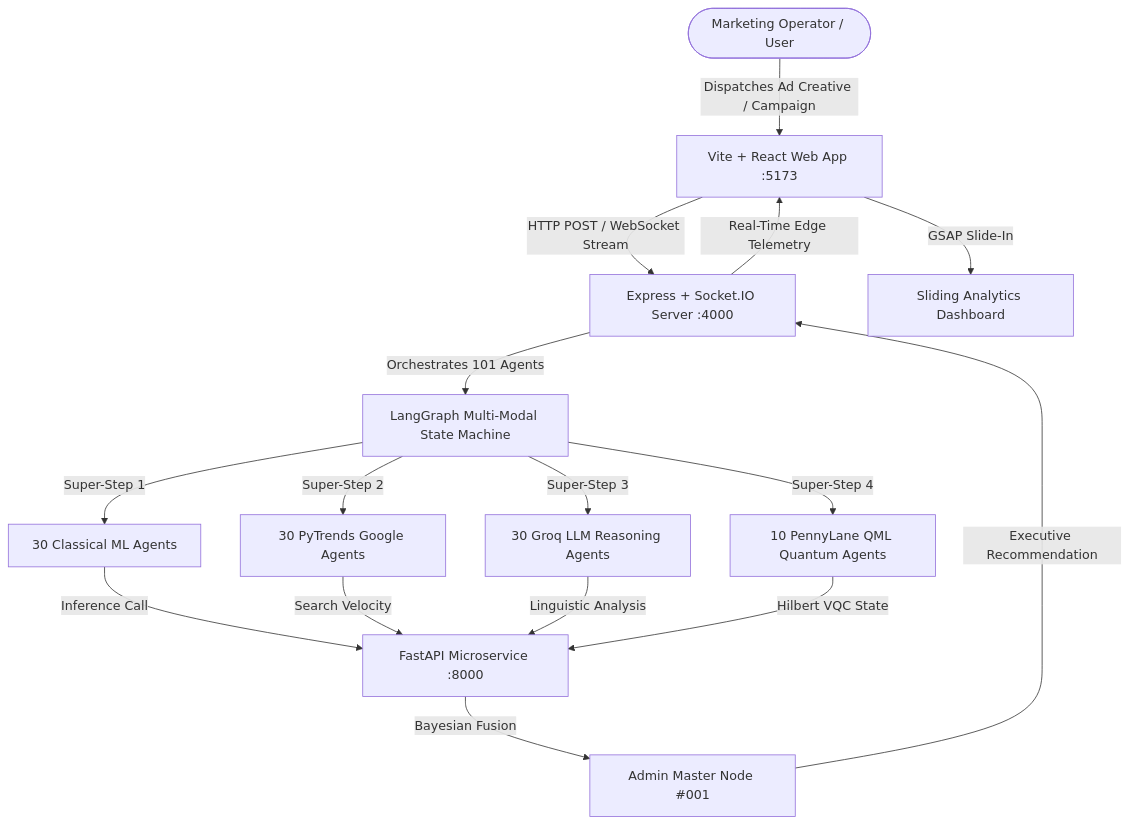
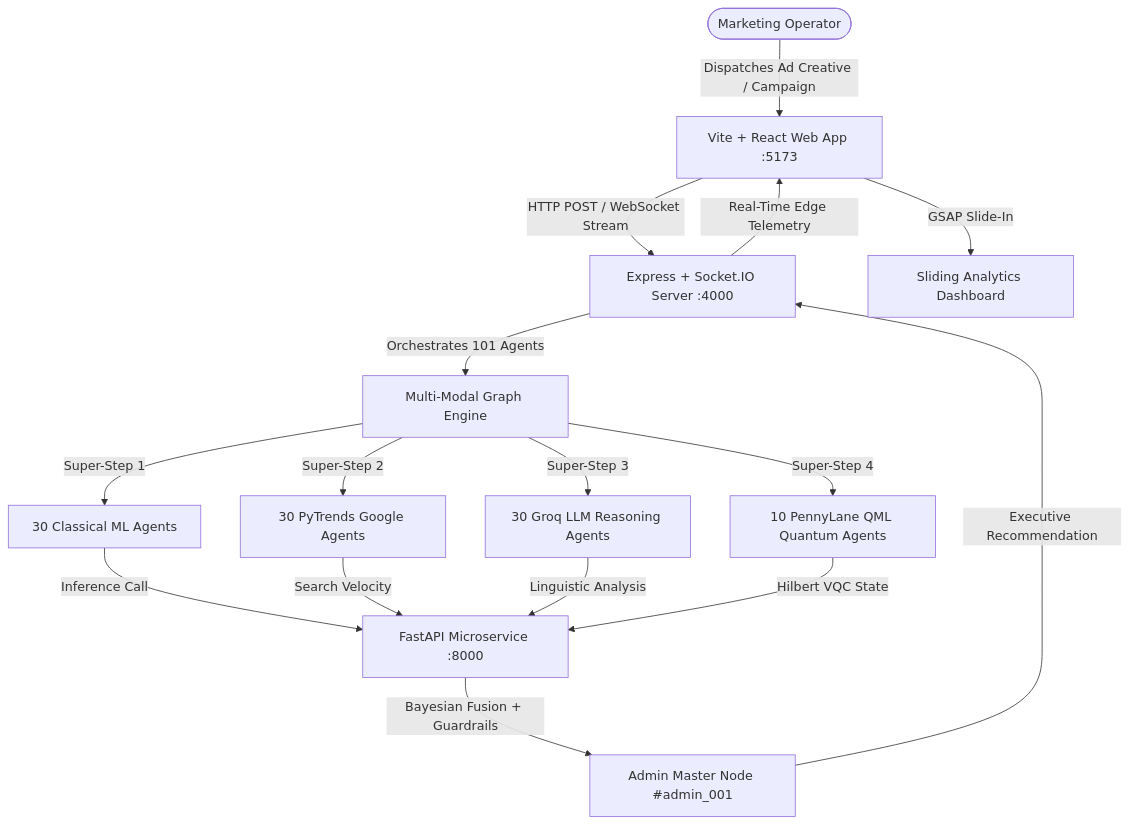
The diagram in documentation/ARCHITECTURE.md (ARYANCY/Margent), drawn with Mermaid before and after one commit. The commit also changed other lines of this file and 60 other files, not shown here.

````diff
--- a/documentation/ARCHITECTURE.md
+++ b/documentation/ARCHITECTURE.md
@@ -9,21 +9,21 @@
 ```mermaid
 graph TD
-    User([Marketing Operator / User]) -->|Dispatches Ad Creative / Campaign| Web[Vite + React Web App :5173]
+    User([Marketing Operator]) -->|Dispatches Ad Creative / Campaign| Web[Vite + React Web App :5173]
     Web -->|HTTP POST / WebSocket Stream| API[Express + Socket.IO Server :4000]
-    API -->|Orchestrates 101 Agents| Graph[LangGraph Multi-Modal State Machine]
+    API -->|Orchestrates 101 Agents| Graph[Multi-Modal Graph Engine]
     
     Graph -->|Super-Step 1| BranchML[30 Classical ML Agents]
     Graph -->|Super-Step 2| BranchTrends[30 PyTrends Google Agents]
     Graph -->|Super-Step 3| BranchGroq[30 Groq LLM Reasoning Agents]
     Graph -->|Super-Step 4| BranchQML[10 PennyLane QML Quantum Agents]
     
     BranchML -->|Inference Call| PyML[FastAPI Microservice :8000]
     BranchTrends -->|Search Velocity| PyML
     BranchGroq -->|Linguistic Analysis| PyML
     BranchQML -->|Hilbert VQC State| PyML
     
-    PyML -->|Bayesian Fusion| Admin[Admin Master Node #001]
+    PyML -->|Bayesian Fusion + Guardrails| Admin[Admin Master Node #admin_001]
     Admin -->|Executive Recommendation| API
     API -->|Real-Time Edge Telemetry| Web
     Web -->|GSAP Slide-In| Dashboard[Sliding Analytics Dashboard]
 ```
````
